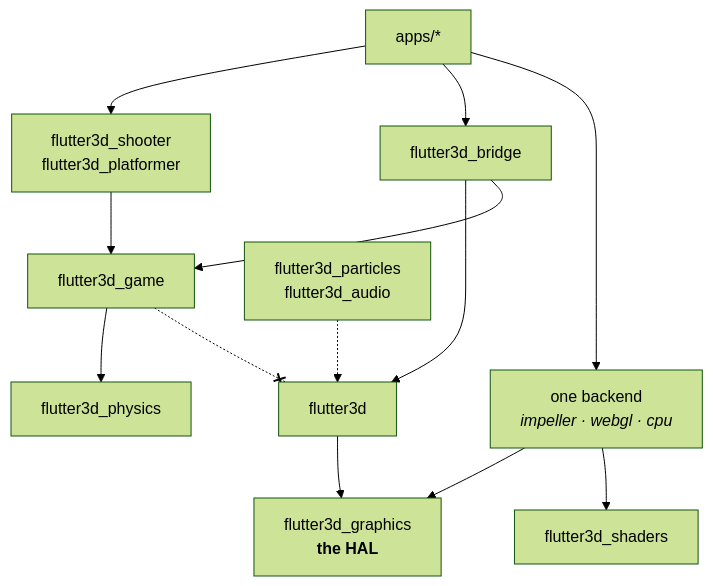
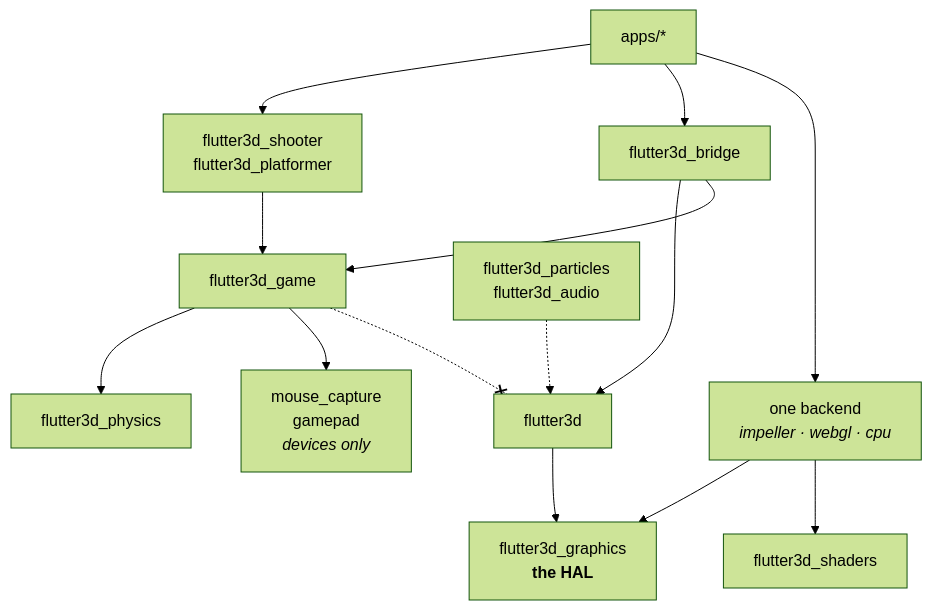
Before and after one commit to pleiondev/flutter3d: the diagram in site/content/reference/packages.md, drawn with Mermaid (forest theme). The commit also changed other lines of this file and 2 other files, not shown here.

````diff
--- a/site/content/reference/packages.md
+++ b/site/content/reference/packages.md
@@ -117,17 +124,18 @@
 ```mermaid
 flowchart TB
   apps["apps/*"] --> genres["flutter3d_shooter<br>flutter3d_platformer"]
   apps --> bridge["flutter3d_bridge"]
   apps --> backend["one backend<br><i>impeller · webgl · cpu</i>"]
   genres --> game["flutter3d_game"]
   bridge --> engine["flutter3d"]
   bridge --> game
   game --> physics["flutter3d_physics"]
   engine --> gfx["flutter3d_graphics<br><b>the HAL</b>"]
   backend --> gfx
   backend --> shaders["flutter3d_shaders"]
   extras["flutter3d_particles<br>flutter3d_audio"] -.-> engine
+  game --> devices["mouse_capture<br>gamepad<br><i>devices only</i>"]
 
   classDef forbidden stroke-dasharray: 4 3
   game -.-x engine
 ```
````
